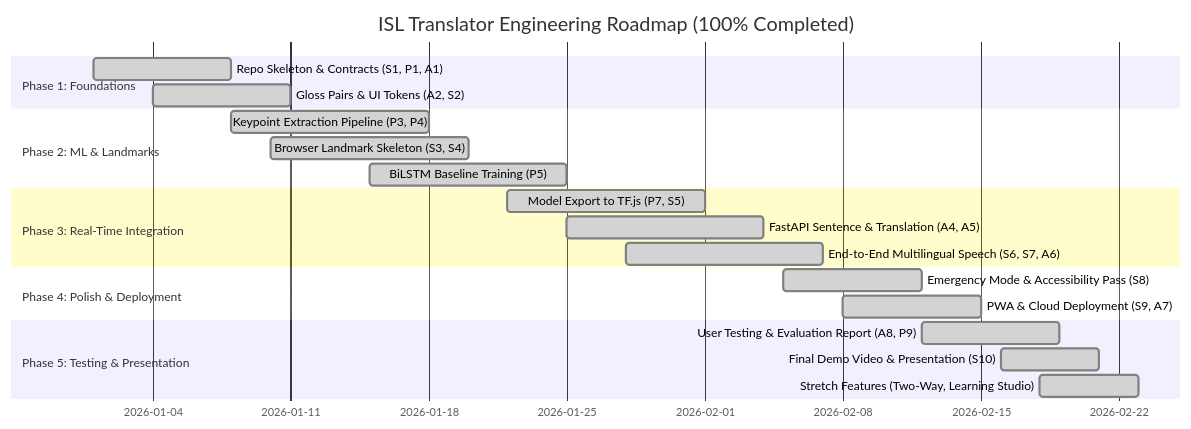
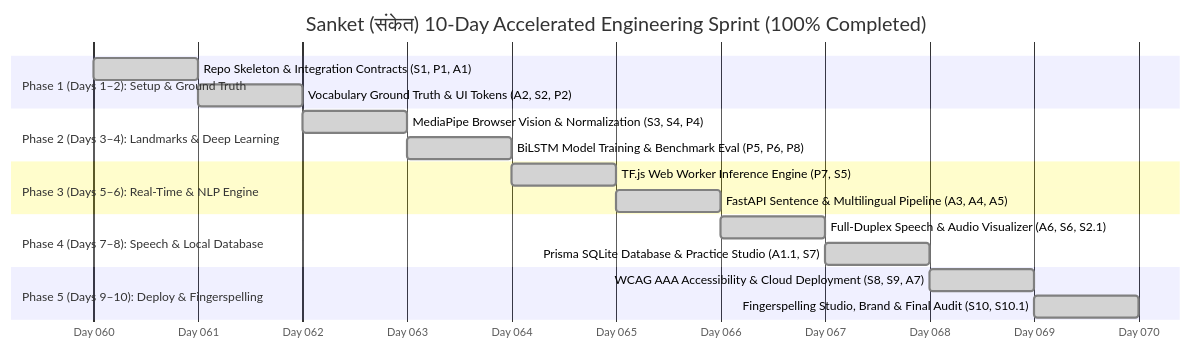
One commit to siddhantthakur278-bit/Indian-Sing-Language-to-Text-Speech-translation changed the third of 3 diagrams in README.md. Above: the diagram before and after it, drawn with Mermaid. The commit also changed other lines of this file and 2 other files, not shown here.

Commit message:
[A9.2] Update project roadmap, diagrams, and task specifications to 10-day sprint

````diff
--- a/README.md
+++ b/README.md
@@ -532,23 +534,21 @@
 ```mermaid
 gantt
-    title ISL Translator Engineering Roadmap (100% Completed)
+    title Sanket (संकेत) 10-Day Accelerated Engineering Sprint (100% Completed)
     dateFormat  YYYY-MM-DD
-    section Phase 1: Foundations
-    Repo Skeleton & Contracts (S1, P1, A1)      :done, 2026-01-01, 7d
-    Gloss Pairs & UI Tokens (A2, S2)            :done, 2026-01-04, 7d
-    section Phase 2: ML & Landmarks
-    Keypoint Extraction Pipeline (P3, P4)       :done, 2026-01-08, 10d
-    Browser Landmark Skeleton (S3, S4)          :done, 2026-01-10, 10d
-    BiLSTM Baseline Training (P5)               :done, 2026-01-15, 10d
-    section Phase 3: Real-Time Integration
-    Model Export to TF.js (P7, S5)              :done, 2026-01-22, 10d
-    FastAPI Sentence & Translation (A4, A5)     :done, 2026-01-25, 10d
-    End-to-End Multilingual Speech (S6, S7, A6) :done, 2026-01-28, 10d
-    section Phase 4: Polish & Deployment
-    Emergency Mode & Accessibility Pass (S8)    :done, 2026-02-05, 7d
-    PWA & Cloud Deployment (S9, A7)             :done, 2026-02-08, 7d
-    section Phase 5: Testing & Presentation
-    User Testing & Evaluation Report (A8, P9)   :done, 2026-02-12, 7d
-    Final Demo Video & Presentation (S10)       :done, 2026-02-16, 5d
-    Stretch Features (Two-Way, Learning Studio) :done, 2026-02-18, 5d
+    axisFormat  Day %j
+    section Phase 1 (Days 1–2): Setup & Ground Truth
+    Repo Skeleton & Integration Contracts (S1, P1, A1) :done, 2026-03-01, 1d
+    Vocabulary Ground Truth & UI Tokens (A2, S2, P2)   :done, 2026-03-02, 1d
+    section Phase 2 (Days 3–4): Landmarks & Deep Learning
+    MediaPipe Browser Vision & Normalization (S3, S4, P4) :done, 2026-03-03, 1d
+    BiLSTM Model Training & Benchmark Eval (P5, P6, P8)  :done, 2026-03-04, 1d
+    section Phase 3 (Days 5–6): Real-Time & NLP Engine
+    TF.js Web Worker Inference Engine (P7, S5)          :done, 2026-03-05, 1d
+    FastAPI Sentence & Multilingual Pipeline (A3, A4, A5) :done, 2026-03-06, 1d
+    section Phase 4 (Days 7–8): Speech & Local Database
+    Full-Duplex Speech & Audio Visualizer (A6, S6, S2.1) :done, 2026-03-07, 1d
+    Prisma SQLite Database & Practice Studio (A1.1, S7) :done, 2026-03-08, 1d
+    section Phase 5 (Days 9–10): Deploy & Fingerspelling
+    WCAG AAA Accessibility & Cloud Deployment (S8, S9, A7) :done, 2026-03-09, 1d
+    Fingerspelling Studio, Brand & Final Audit (S10, S10.1) :done, 2026-03-10, 1d
 ```
````
